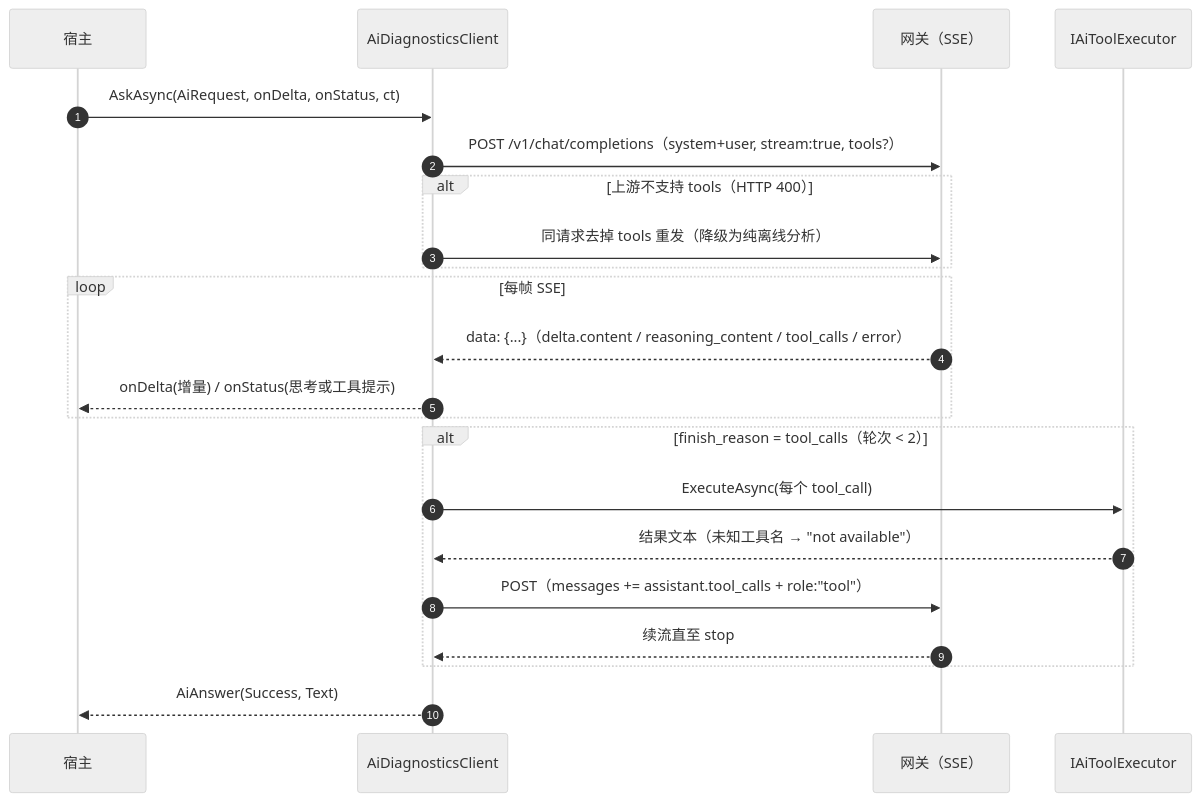
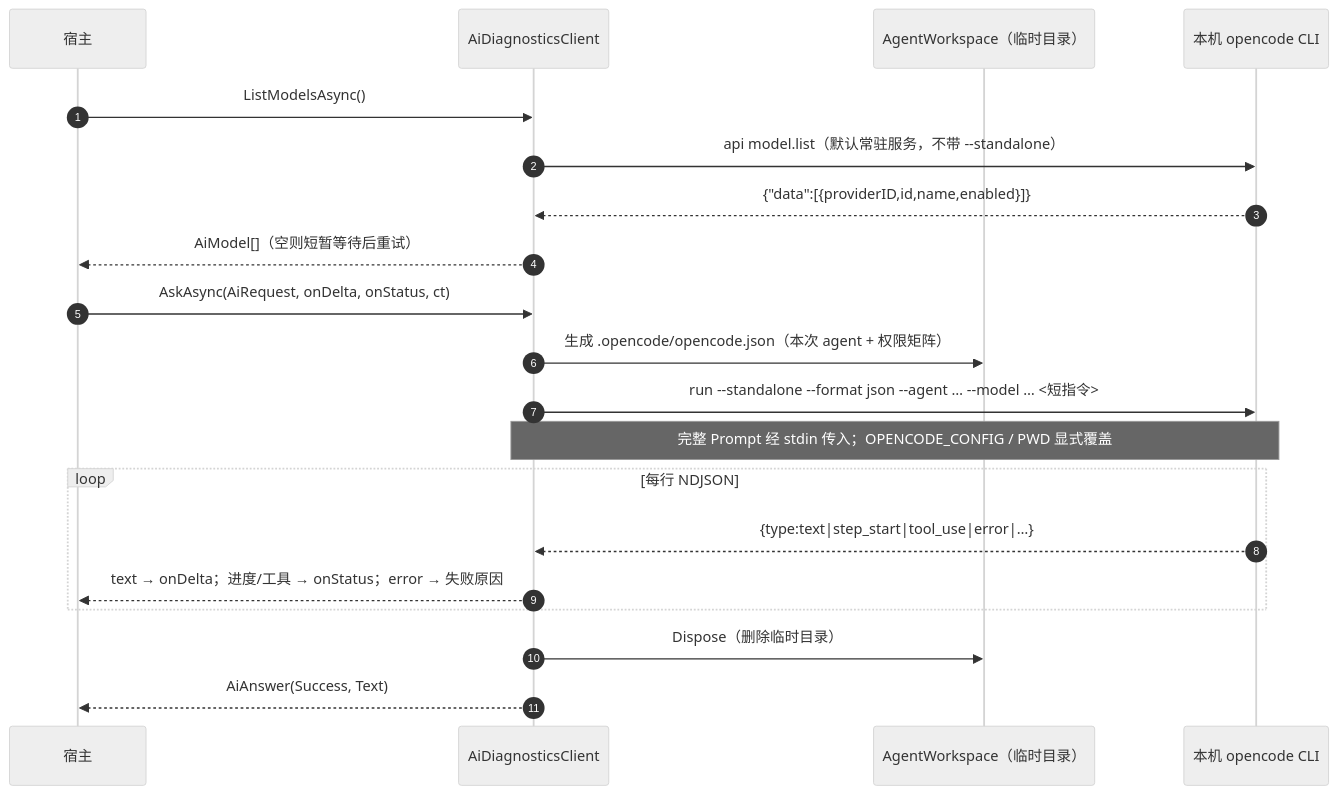
One commit to self-exiler/SongYueLauncher changed the diagram in src/AiDiagnostics/README.md. Above: the diagram before and after it, drawn with Mermaid (neutral theme). The commit also changed other lines of this file and 31 other files, not shown here.

First line of the commit message:
v1.1.1：AI 智能分析回退为本机 opencode CLI（SRS v3.4）

````diff
--- a/src/AiDiagnostics/README.md
+++ b/src/AiDiagnostics/README.md
@@ -298,25 +163,24 @@
 ```mermaid
 sequenceDiagram
     autonumber
     participant H as 宿主
     participant C as AiDiagnosticsClient
-    participant G as 网关（SSE）
-    participant T as IAiToolExecutor
+    participant W as AgentWorkspace（临时目录）
+    participant O as 本机 opencode CLI
+
+    H->>C: ListModelsAsync()
+    C->>O: api model.list（默认常驻服务，不带 --standalone）
+    O-->>C: {"data":[{providerID,id,name,enabled}]}
+    C-->>H: AiModel[]（空则短暂等待后重试）
 
     H->>C: AskAsync(AiRequest, onDelta, onStatus, ct)
-    C->>G: POST /v1/chat/completions（system+user, stream:true, tools?）
-    alt 上游不支持 tools（HTTP 400）
-        C->>G: 同请求去掉 tools 重发（降级为纯离线分析）
+    C->>W: 生成 .opencode/opencode.json（本次 agent + 权限矩阵）
+    C->>O: run --standalone --format json --agent … --model … <短指令>
+    Note over C,O: 完整 Prompt 经 stdin 传入；OPENCODE_CONFIG / PWD 显式覆盖
+    loop 每行 NDJSON
+        O-->>C: {type:text|step_start|tool_use|error|…}
+        C-->>H: text → onDelta；进度/工具 → onStatus；error → 失败原因
     end
-    loop 每帧 SSE
-        G-->>C: data: {...}（delta.content / reasoning_content / tool_calls / error）
-        C-->>H: onDelta(增量) / onStatus(思考或工具提示)
-    end
-    alt finish_reason = tool_calls（轮次 < 2）
-        C->>T: ExecuteAsync(每个 tool_call)
-        T-->>C: 结果文本（未知工具名 → "not available"）
-        C->>G: POST（messages += assistant.tool_calls + role:"tool"）
-        G-->>C: 续流直至 stop
-    end
+    C->>W: Dispose（删除临时目录）
     C-->>H: AiAnswer(Success, Text)
 ```
````
